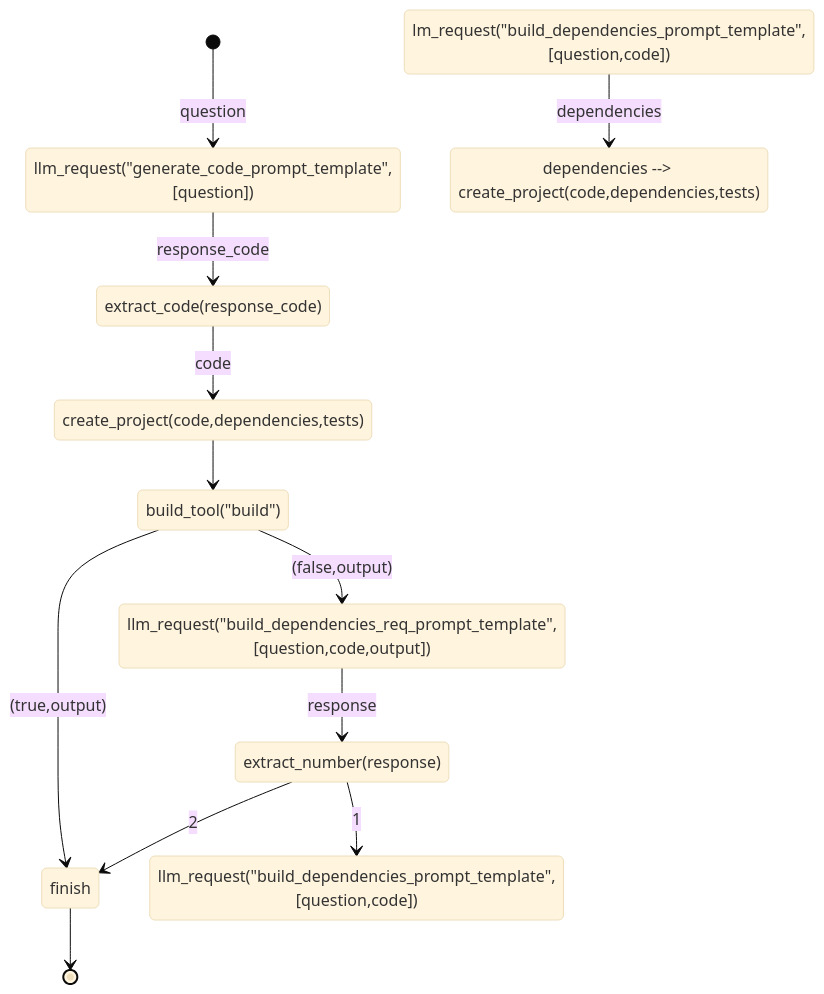
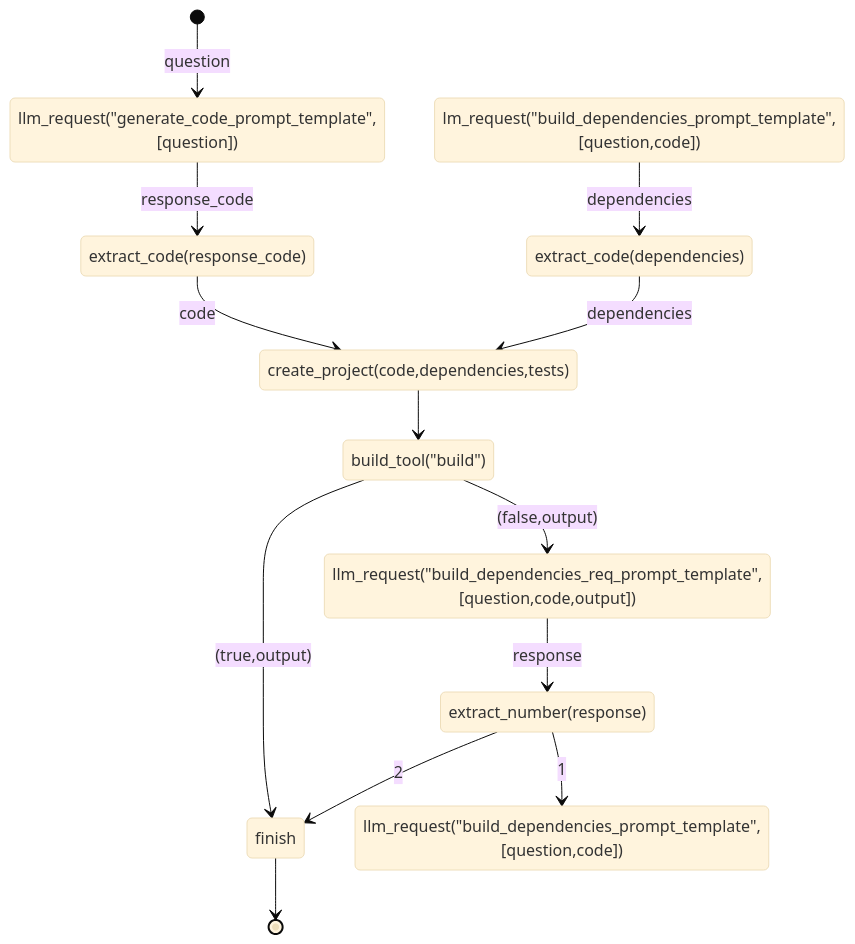
One commit to rizgan/LLM-Logic-Exec-Verify changed the diagram in state.md. Above: the diagram before and after it, drawn with Mermaid (base theme).

````diff
--- a/state.md
+++ b/state.md
@@ -38,15 +38,15 @@
 ```mermaid
 stateDiagram
 [*] --> llm_request("generate_code_prompt_template",[question]) : question
 llm_request("generate_code_prompt_template",[question]) --> extract_code(response_code) : response_code
 extract_code(response_code) --> create_project(code,dependencies,tests) : code
 create_project(code,dependencies,tests) --> build_tool("build")
 build_tool("build") --> finish : (true,output) 
 build_tool("build") --> llm_request("build_dependencies_req_prompt_template",[question,code,output]) : (false,output) 
 llm_request("build_dependencies_req_prompt_template",[question,code,output])  --> extract_number(response) : response
 extract_number(response) --> finish : 2
 extract_number(response) -->  llm_request("build_dependencies_prompt_template",[question,code]) : 1
 lm_request("build_dependencies_prompt_template",[question,code]) --> extract_code(dependencies) : dependencies
-extract_code(dependencies) : dependencies --> create_project(code,dependencies,tests) 
+extract_code(dependencies) --> create_project(code,dependencies,tests) : dependencies 
 finish --> [*]
 ```
````
